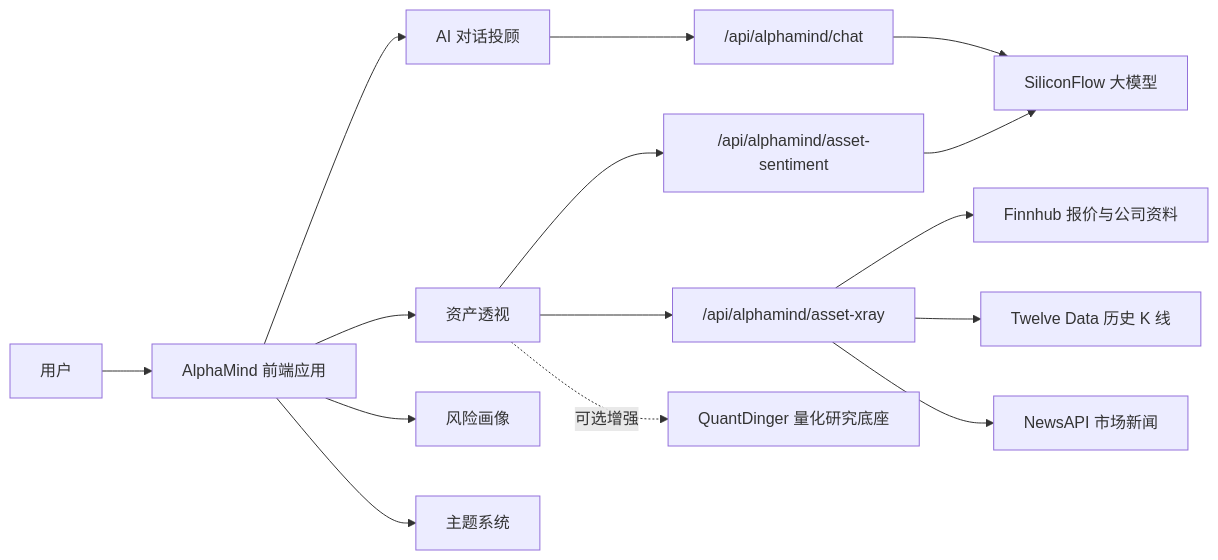
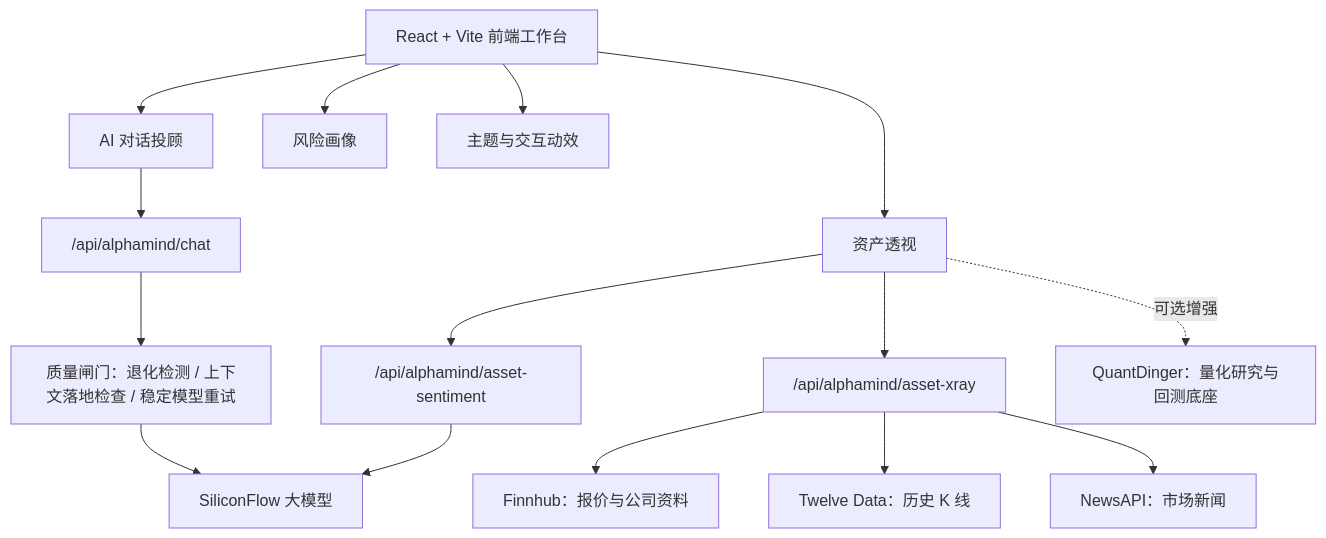
The second of 2 diagrams in README.md (LCY2117/AlphaMind-Landing-Page-Design), drawn with Mermaid before and after one commit. The commit also changed other lines of this file, not shown here.

Commit message:
Rewrite AlphaMind README

````diff
--- a/README.md
+++ b/README.md
@@ -56,20 +99,20 @@
 ```mermaid
-flowchart LR
-  User["用户"] --> UI["AlphaMind 前端应用"]
-  UI --> Chat["AI 对话投顾"]
+flowchart TB
+  UI["React + Vite 前端工作台"] --> Advisor["AI 对话投顾"]
   UI --> XRay["资产透视"]
   UI --> Risk["风险画像"]
-  UI --> Theme["主题系统"]
+  UI --> Theme["主题与交互动效"]
 
-  Chat --> ChatProxy["/api/alphamind/chat"]
+  Advisor --> ChatProxy["/api/alphamind/chat"]
   XRay --> MarketProxy["/api/alphamind/asset-xray"]
   XRay --> SentimentProxy["/api/alphamind/asset-sentiment"]
 
-  ChatProxy --> SiliconFlow["SiliconFlow 大模型"]
-  SentimentProxy --> SiliconFlow
-  MarketProxy --> Finnhub["Finnhub 报价与公司资料"]
-  MarketProxy --> TwelveData["Twelve Data 历史 K 线"]
-  MarketProxy --> NewsAPI["NewsAPI 市场新闻"]
+  ChatProxy --> Quality["质量闸门：退化检测 / 上下文落地检查 / 稳定模型重试"]
+  Quality --> LLM["SiliconFlow 大模型"]
+  SentimentProxy --> LLM
 
-  XRay -. 可选增强 .-> QuantDinger["QuantDinger 量化研究底座"]
+  MarketProxy --> Finnhub["Finnhub：报价与公司资料"]
+  MarketProxy --> Twelve["Twelve Data：历史 K 线"]
+  MarketProxy --> News["NewsAPI：市场新闻"]
+  XRay -. 可选增强 .-> QuantDinger["QuantDinger：量化研究与回测底座"]
 ```
````
